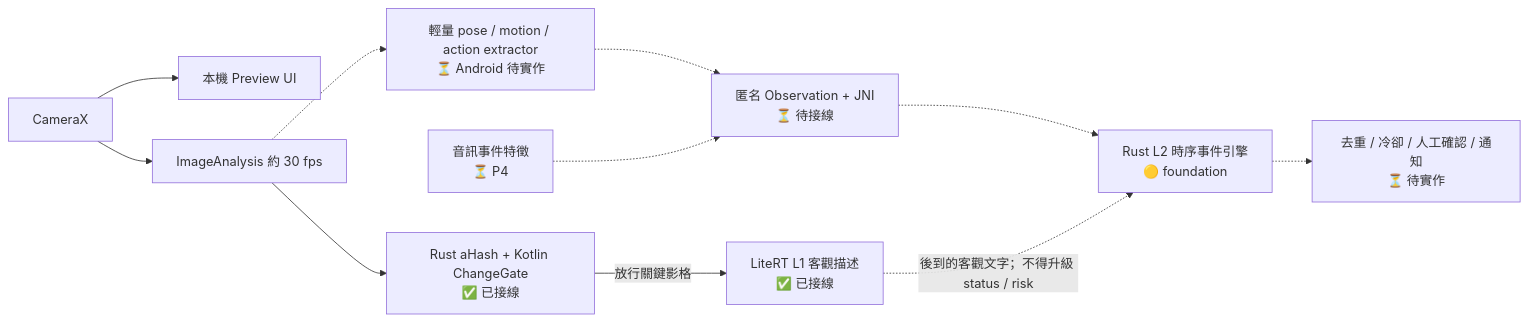
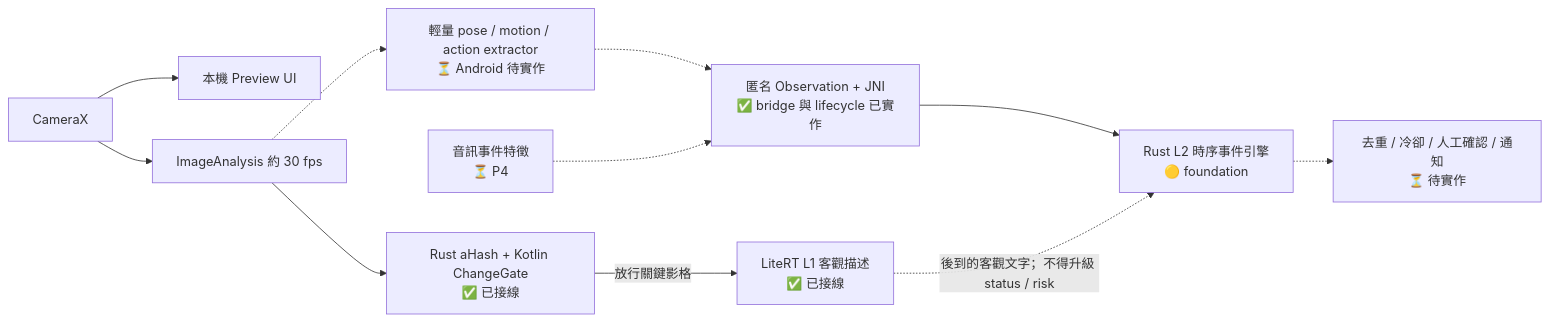
One commit to TingFengChou/claustrum changed the second of 3 diagrams in README.md. Above: the diagram before and after it, drawn with Mermaid. The commit also changed other lines of this file and 21 other files, not shown here.

Commit message:
feat(events): 接通 Android L2 observation bridge (#33)

````diff
--- a/README.md
+++ b/README.md
@@ -120,22 +121,22 @@
 ```mermaid
 flowchart LR
   CAM["CameraX"]
   PREVIEW["本機 Preview UI"]
   IA["ImageAnalysis 約 30 fps"]
   L0["Rust aHash + Kotlin ChangeGate<br/>✅ 已接線"]
   L1["LiteRT L1 客觀描述<br/>✅ 已接線"]
   EXT["輕量 pose / motion / action extractor<br/>⏳ Android 待實作"]
-  OBS["匿名 Observation + JNI<br/>⏳ 待接線"]
+  OBS["匿名 Observation + JNI<br/>✅ bridge 與 lifecycle 已實作"]
   L2["Rust L2 時序事件引擎<br/>🟡 foundation"]
   POLICY["去重 / 冷卻 / 人工確認 / 通知<br/>⏳ 待實作"]
   AUDIO["音訊事件特徵<br/>⏳ P4"]
 
   CAM --> PREVIEW
   CAM --> IA --> L0 -->|"放行關鍵影格"| L1
   IA -.-> EXT
   EXT -.-> OBS
-  OBS -.-> L2
+  OBS --> L2
   L2 -.-> POLICY
   AUDIO -.-> OBS
   L1 -.->|"後到的客觀文字；不得升級 status / risk"| L2
 ```
````
